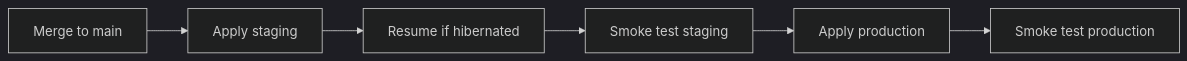
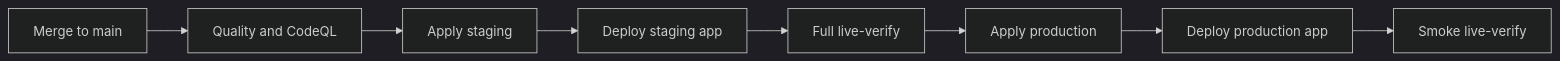
The diagram in docs/ops/INFRA_PIPELINES.md (SaveMarineMammals/marine-mammal-assessment-platform), drawn with Mermaid (dark theme) before and after one commit. The commit also changed other lines of this file and 27 other files, not shown here.

First line of the commit message:
Add progressive CI/CD with CodeQL and live-verify gates (#11)

````diff
--- a/docs/ops/INFRA_PIPELINES.md
+++ b/docs/ops/INFRA_PIPELINES.md
@@ -73,8 +83,10 @@
 ```mermaid
 flowchart LR
-  merge[Merge to main] --> stg[Apply staging]
-  stg --> resume[Resume if hibernated]
-  resume --> smokeS[Smoke test staging]
-  smokeS --> prod[Apply production]
-  prod --> smokeP[Smoke test production]
+  merge[Merge to main] --> quality[Quality and CodeQL]
+  quality --> stgTf[Apply staging]
+  stgTf --> stgApp[Deploy staging app]
+  stgApp --> stgVerify[Full live-verify]
+  stgVerify --> prodTf[Apply production]
+  prodTf --> prodApp[Deploy production app]
+  prodApp --> prodSmoke[Smoke live-verify]
 ```
````
